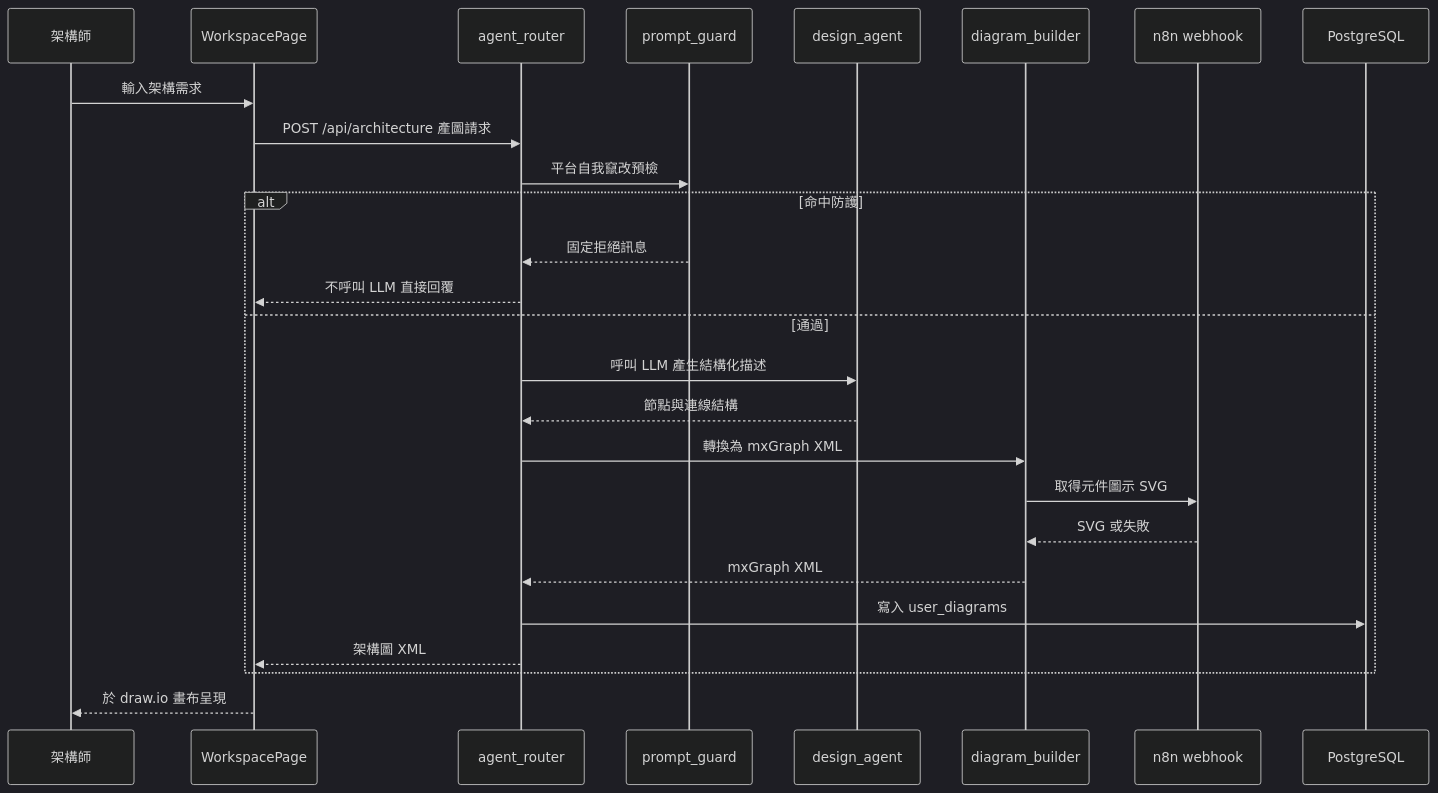
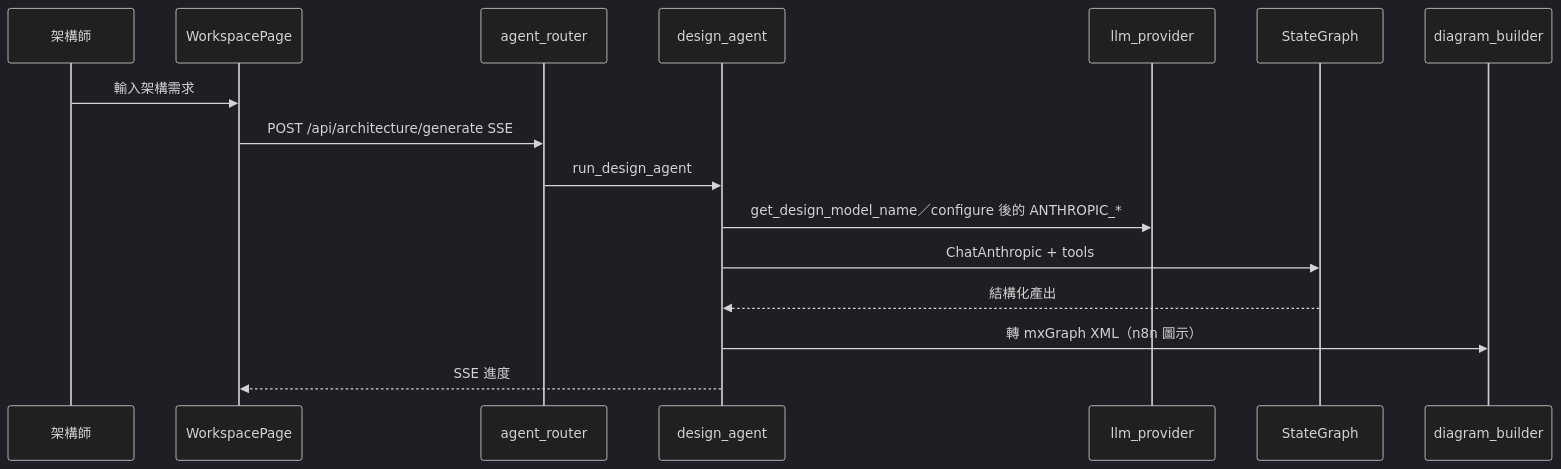
The fifth of 5 diagrams in aidlc/spaces/default/codekb/cloud/architecture.md (opendiamonds/cloud-360), drawn with Mermaid (dark theme) before and after one commit. The commit also changed other lines of this file and 57 other files, not shown here.

````diff
--- a/aidlc/spaces/default/codekb/cloud/architecture.md
+++ b/aidlc/spaces/default/codekb/cloud/architecture.md
@@ -177,29 +154,19 @@
 ```mermaid
 sequenceDiagram
   participant U as 架構師
   participant FE as WorkspacePage
   participant AR as agent_router
-  participant PG as prompt_guard
   participant DA as design_agent
+  participant LP as llm_provider
+  participant LG as StateGraph
   participant DB2 as diagram_builder
-  participant N8N as n8n webhook
-  participant DB as PostgreSQL
 
   U->>FE: 輸入架構需求
-  FE->>AR: POST /api/architecture 產圖請求
-  AR->>PG: 平台自我竄改預檢
-  alt 命中防護
-    PG-->>AR: 固定拒絕訊息
-    AR-->>FE: 不呼叫 LLM 直接回覆
-  else 通過
-    AR->>DA: 呼叫 LLM 產生結構化描述
-    DA-->>AR: 節點與連線結構
-    AR->>DB2: 轉換為 mxGraph XML
-    DB2->>N8N: 取得元件圖示 SVG
-    N8N-->>DB2: SVG 或失敗
-    DB2-->>AR: mxGraph XML
-    AR->>DB: 寫入 user_diagrams
-    AR-->>FE: 架構圖 XML
-  end
-  FE-->>U: 於 draw.io 畫布呈現
+  FE->>AR: POST /api/architecture/generate SSE
+  AR->>DA: run_design_agent
+  DA->>LP: get_design_model_name／configure 後的 ANTHROPIC_*
+  DA->>LG: ChatAnthropic + tools
+  LG-->>DA: 結構化產出
+  DA->>DB2: 轉 mxGraph XML（n8n 圖示）
+  DA-->>FE: SSE 進度
 ```
````
